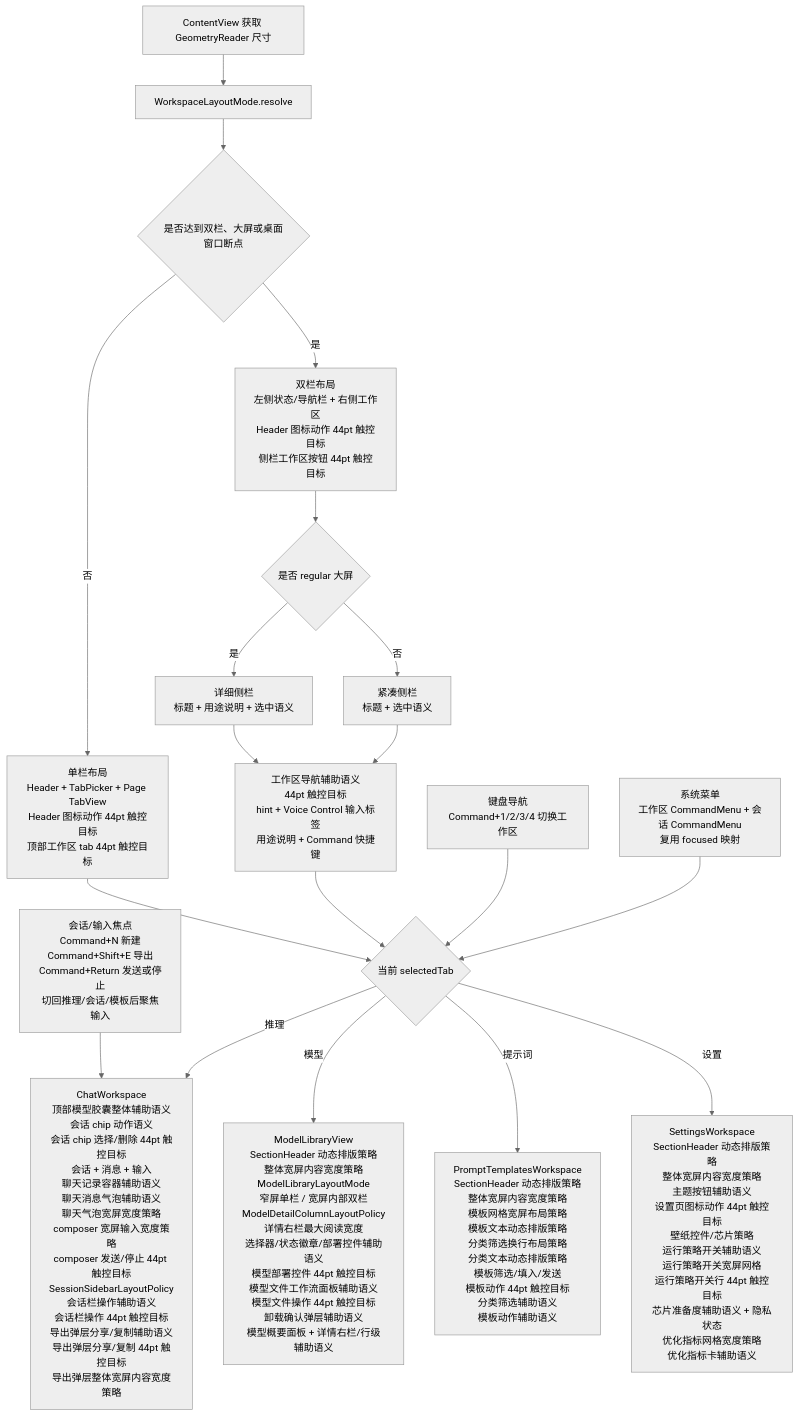
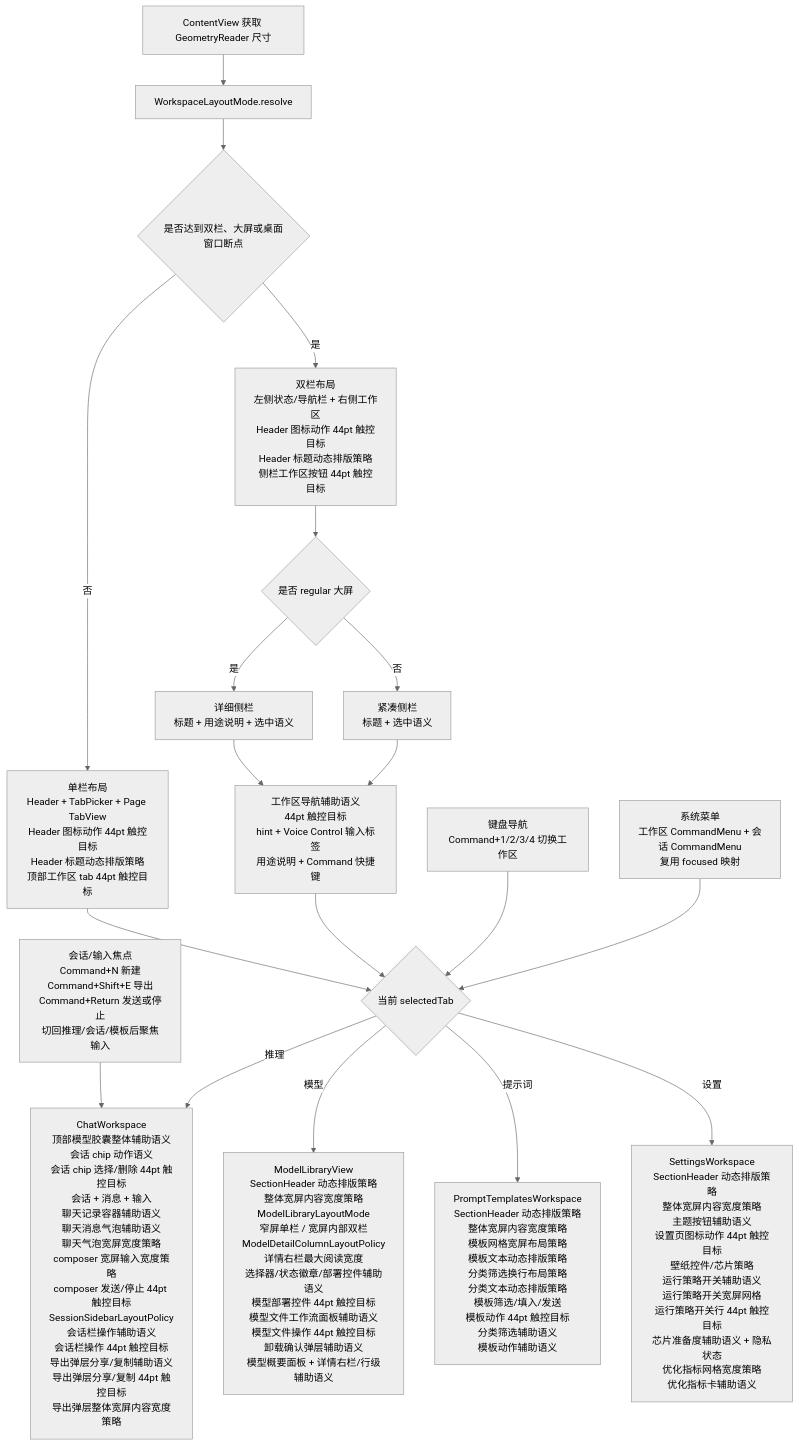
One commit to Altman-sam114/113 changed the fifth of 10 diagrams in md/flow/flowchart.md. Above: the diagram before and after it, drawn with Mermaid (neutral theme). The commit also changed other lines of this file and 8 other files, not shown here.

````diff
--- a/md/flow/flowchart.md
+++ b/md/flow/flowchart.md
@@ -84,21 +84,21 @@
 ```mermaid
 flowchart TD
     A[ContentView 获取 GeometryReader 尺寸] --> B[WorkspaceLayoutMode.resolve]
     B --> C{是否达到双栏、大屏或桌面窗口断点}
-    C -- 否 --> D[单栏布局<br/>Header + TabPicker + Page TabView<br/>Header 图标动作 44pt 触控目标<br/>顶部工作区 tab 44pt 触控目标]
-    C -- 是 --> E[双栏布局<br/>左侧状态/导航栏 + 右侧工作区<br/>Header 图标动作 44pt 触控目标<br/>侧栏工作区按钮 44pt 触控目标]
+    C -- 否 --> D[单栏布局<br/>Header + TabPicker + Page TabView<br/>Header 图标动作 44pt 触控目标<br/>Header 标题动态排版策略<br/>顶部工作区 tab 44pt 触控目标]
+    C -- 是 --> E[双栏布局<br/>左侧状态/导航栏 + 右侧工作区<br/>Header 图标动作 44pt 触控目标<br/>Header 标题动态排版策略<br/>侧栏工作区按钮 44pt 触控目标]
     E --> N{是否 regular 大屏}
     N -- 是 --> O[详细侧栏<br/>标题 + 用途说明 + 选中语义]
     N -- 否 --> P[紧凑侧栏<br/>标题 + 选中语义]
     D --> F{当前 selectedTab}
     O --> X[工作区导航辅助语义<br/>44pt 触控目标<br/>hint + Voice Control 输入标签<br/>用途说明 + Command 快捷键]
     P --> X
     X --> F
     K[键盘导航<br/>Command+1/2/3/4 切换工作区] --> F
     M[系统菜单<br/>工作区 CommandMenu + 会话 CommandMenu<br/>复用 focused 映射] --> F
     L[会话/输入焦点<br/>Command+N 新建<br/>Command+Shift+E 导出<br/>Command+Return 发送或停止<br/>切回推理/会话/模板后聚焦输入] --> G
     F -- 推理 --> G[ChatWorkspace<br/>顶部模型胶囊整体辅助语义<br/>会话 chip 动作语义<br/>会话 chip 选择/删除 44pt 触控目标<br/>会话 + 消息 + 输入<br/>聊天记录容器辅助语义<br/>聊天消息气泡辅助语义<br/>聊天气泡宽屏宽度策略<br/>composer 宽屏输入宽度策略<br/>composer 发送/停止 44pt 触控目标<br/>SessionSidebarLayoutPolicy<br/>会话栏操作辅助语义<br/>会话栏操作 44pt 触控目标<br/>导出弹层分享/复制辅助语义<br/>导出弹层分享/复制 44pt 触控目标<br/>导出弹层整体宽屏内容宽度策略]
     F -- 模型 --> H[ModelLibraryView<br/>SectionHeader 动态排版策略<br/>整体宽屏内容宽度策略<br/>ModelLibraryLayoutMode<br/>窄屏单栏 / 宽屏内部双栏<br/>ModelDetailColumnLayoutPolicy<br/>详情右栏最大阅读宽度<br/>选择器/状态徽章/部署控件辅助语义<br/>模型部署控件 44pt 触控目标<br/>模型文件工作流面板辅助语义<br/>模型文件操作 44pt 触控目标<br/>卸载确认弹层辅助语义<br/>模型概要面板 + 详情右栏/行级辅助语义]
     F -- 提示词 --> I[PromptTemplatesWorkspace<br/>SectionHeader 动态排版策略<br/>整体宽屏内容宽度策略<br/>模板网格宽屏布局策略<br/>模板文本动态排版策略<br/>分类筛选换行布局策略<br/>分类文本动态排版策略<br/>模板筛选/填入/发送<br/>模板动作 44pt 触控目标<br/>分类筛选辅助语义<br/>模板动作辅助语义]
     F -- 设置 --> J[SettingsWorkspace<br/>SectionHeader 动态排版策略<br/>整体宽屏内容宽度策略<br/>主题按钮辅助语义<br/>设置页图标动作 44pt 触控目标<br/>壁纸控件/芯片策略<br/>运行策略开关辅助语义<br/>运行策略开关宽屏网格<br/>运行策略开关行 44pt 触控目标<br/>芯片准备度辅助语义 + 隐私状态<br/>优化指标网格宽度策略<br/>优化指标卡辅助语义]
 ```
````
